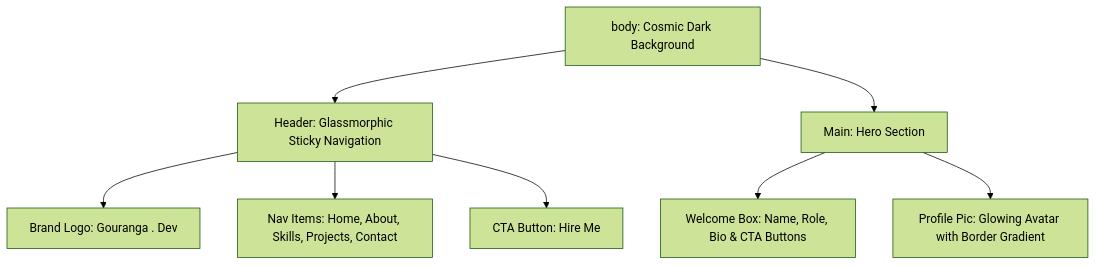
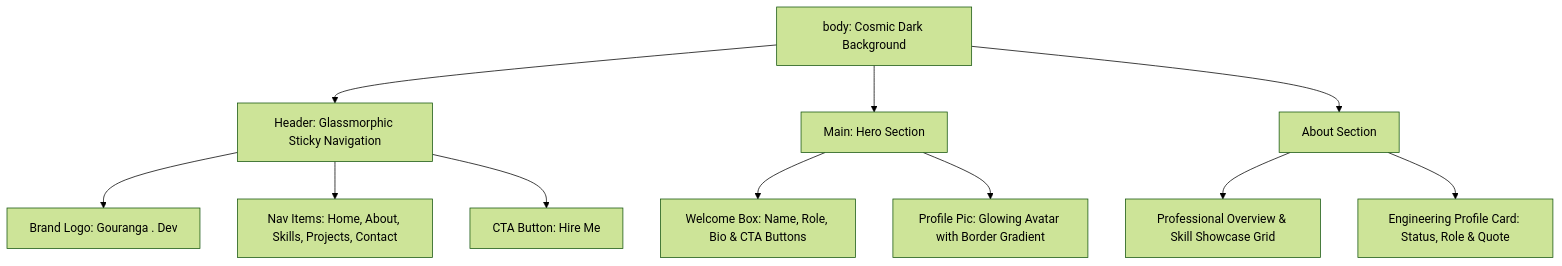
The diagram in README.md (InfiniteLeveling/portfolio-1st-project-), drawn with Mermaid (forest theme) before and after one commit. The commit also changed other lines of this file, not shown here.

Commit message:
Updated portfolio files with latest edits

````diff
--- a/README.md
+++ b/README.md
@@ -148,11 +154,15 @@
 ```mermaid
 graph TD;
-    Body[body: Cosmic Dark Background] --> Header[Header: Glassmorphic Sticky Navigation]
-    Header --> Logo[Brand Logo: Gouranga . Dev]
-    Header --> NavLinks[Nav Items: Home, About, Skills, Projects, Contact]
-    Header --> HireBtn[CTA Button: Hire Me]
+    Body["body: Cosmic Dark Background"] --> Header["Header: Glassmorphic Sticky Navigation"]
+    Header --> Logo["Brand Logo: Gouranga . Dev"]
+    Header --> NavLinks["Nav Items: Home, About, Skills, Projects, Contact"]
+    Header --> HireBtn["CTA Button: Hire Me"]
     
-    Body --> Hero[Main: Hero Section]
-    Hero --> Bio[Welcome Box: Name, Role, Bio & CTA Buttons]
-    Hero --> Avatar[Profile Pic: Glowing Avatar with Border Gradient]
+    Body --> Hero["Main: Hero Section"]
+    Hero --> Bio["Welcome Box: Name, Role, Bio & CTA Buttons"]
+    Hero --> Avatar["Profile Pic: Glowing Avatar with Border Gradient"]
+
+    Body --> About["About Section"]
+    About --> Overview["Professional Overview & Skill Showcase Grid"]
+    About --> ProfileCard["Engineering Profile Card: Status, Role & Quote"]
 ```
````
